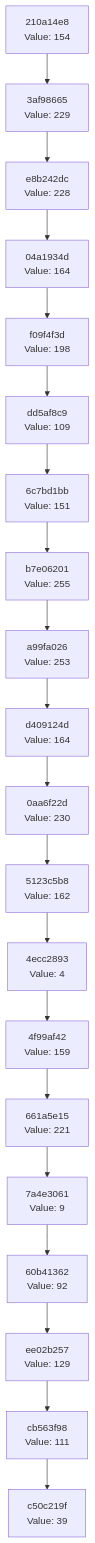
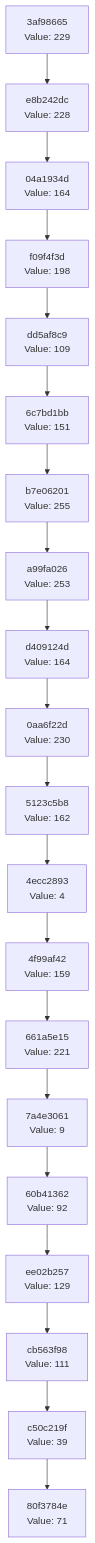
Before and after one commit to Abhisheksinha1506/hash-chain-evolver: the diagram in docs/CHAIN_VISUALIZATION.md, drawn with Mermaid. The commit also changed 2 other files, not shown here.

Commit message:
Evolution step: hash 0x47 → action executed

````diff
--- a/docs/CHAIN_VISUALIZATION.md
+++ b/docs/CHAIN_VISUALIZATION.md
@@ -3,42 +3,42 @@
 ```mermaid
 graph TD
-    C0["c50c219f<br/>Value: 39"]
-    C1["cb563f98<br/>Value: 111"]
+    C0["80f3784e<br/>Value: 71"]
+    C1["c50c219f<br/>Value: 39"]
     C1 --> C0
-    C2["ee02b257<br/>Value: 129"]
+    C2["cb563f98<br/>Value: 111"]
     C2 --> C1
-    C3["60b41362<br/>Value: 92"]
+    C3["ee02b257<br/>Value: 129"]
     C3 --> C2
-    C4["7a4e3061<br/>Value: 9"]
+    C4["60b41362<br/>Value: 92"]
     C4 --> C3
-    C5["661a5e15<br/>Value: 221"]
+    C5["7a4e3061<br/>Value: 9"]
     C5 --> C4
-    C6["4f99af42<br/>Value: 159"]
+    C6["661a5e15<br/>Value: 221"]
     C6 --> C5
-    C7["4ecc2893<br/>Value: 4"]
+    C7["4f99af42<br/>Value: 159"]
     C7 --> C6
-    C8["5123c5b8<br/>Value: 162"]
+    C8["4ecc2893<br/>Value: 4"]
     C8 --> C7
-    C9["0aa6f22d<br/>Value: 230"]
+    C9["5123c5b8<br/>Value: 162"]
     C9 --> C8
-    C10["d409124d<br/>Value: 164"]
+    C10["0aa6f22d<br/>Value: 230"]
     C10 --> C9
-    C11["a99fa026<br/>Value: 253"]
+    C11["d409124d<br/>Value: 164"]
     C11 --> C10
-    C12["b7e06201<br/>Value: 255"]
+    C12["a99fa026<br/>Value: 253"]
     C12 --> C11
-    C13["6c7bd1bb<br/>Value: 151"]
+    C13["b7e06201<br/>Value: 255"]
     C13 --> C12
-    C14["dd5af8c9<br/>Value: 109"]
+    C14["6c7bd1bb<br/>Value: 151"]
     C14 --> C13
-    C15["f09f4f3d<br/>Value: 198"]
+    C15["dd5af8c9<br/>Value: 109"]
     C15 --> C14
-    C16["04a1934d<br/>Value: 164"]
+    C16["f09f4f3d<br/>Value: 198"]
     C16 --> C15
-    C17["e8b242dc<br/>Value: 228"]
+    C17["04a1934d<br/>Value: 164"]
     C17 --> C16
-    C18["3af98665<br/>Value: 229"]
+    C18["e8b242dc<br/>Value: 228"]
     C18 --> C17
-    C19["210a14e8<br/>Value: 154"]
+    C19["3af98665<br/>Value: 229"]
     C19 --> C18
 ```
````
